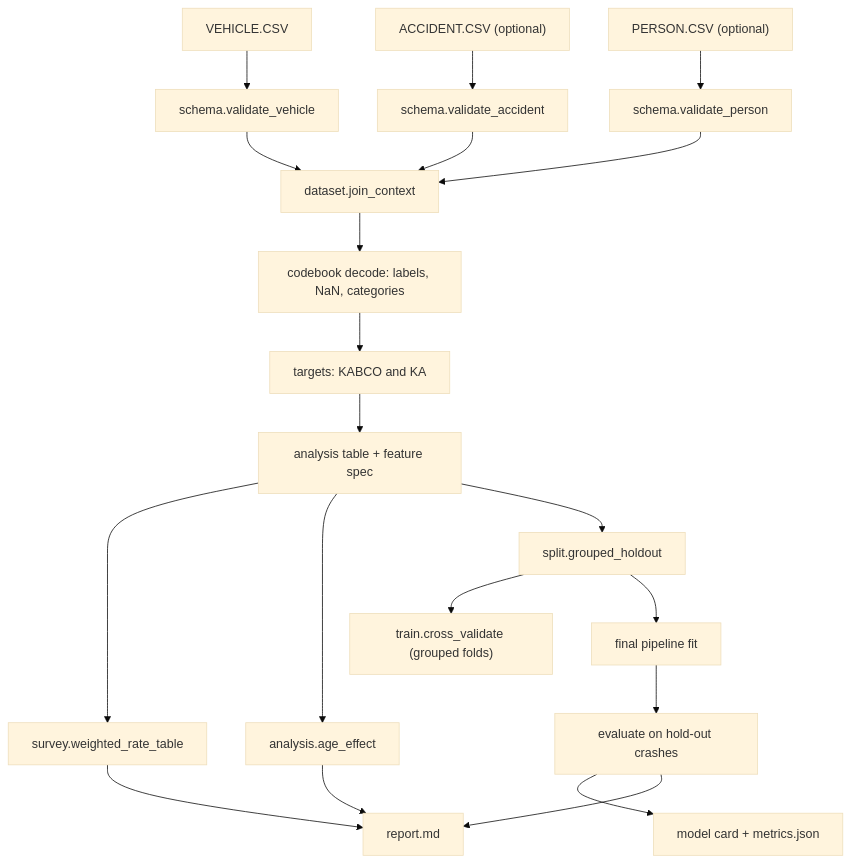
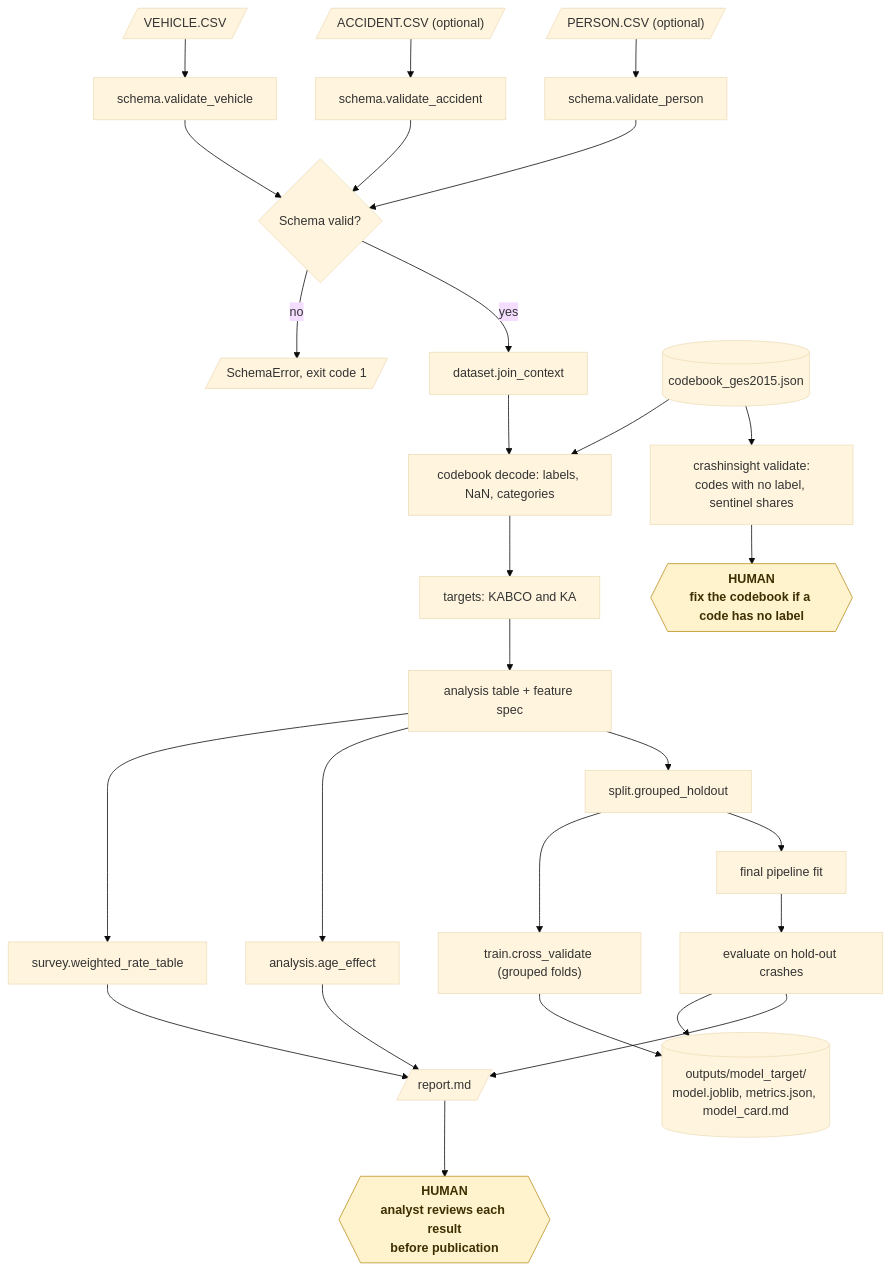
Before and after one commit to KrishnaAnnavaram/crashinsight: the fifth of 16 diagrams in README.md, drawn with Mermaid (base theme). The commit also changed other lines of this file, not shown here.

Commit message:
Add the workflow diagrams to the README

````diff
--- a/README.md
+++ b/README.md
@@ -235,18 +296,32 @@
 ```mermaid
-flowchart TB
-    V["VEHICLE.CSV"] --> S["schema.validate_vehicle"]
-    A["ACCIDENT.CSV (optional)"] --> SA["schema.validate_accident"]
-    P["PERSON.CSV (optional)"] --> SP["schema.validate_person"]
-    S & SA & SP --> J["dataset.join_context"]
+flowchart TD
+    V[/"VEHICLE.CSV"/] --> S["schema.validate_vehicle"]
+    A[/"ACCIDENT.CSV (optional)"/] --> SA["schema.validate_accident"]
+    P[/"PERSON.CSV (optional)"/] --> SP["schema.validate_person"]
+    S --> OK{"Schema valid?"}
+    SA --> OK
+    SP --> OK
+    OK -- "no" --> ERR[/"SchemaError, exit code 1"/]
+    OK -- "yes" --> J["dataset.join_context"]
+    CB[("codebook_ges2015.json")] --> DEC
+    CB --> VAL["crashinsight validate:<br/>codes with no label, sentinel shares"]
+    VAL --> HV{{"HUMAN<br/>fix the codebook if a code has no label"}}
     J --> DEC["codebook decode: labels, NaN, categories"]
     DEC --> T["targets: KABCO and KA"]
     T --> TAB["analysis table + feature spec"]
     TAB --> W["survey.weighted_rate_table"]
     TAB --> AGE["analysis.age_effect"]
     TAB --> H["split.grouped_holdout"]
     H --> CV["train.cross_validate (grouped folds)"]
     H --> FIT["final pipeline fit"]
     FIT --> EV["evaluate on hold-out crashes"]
-    EV --> MC["model card + metrics.json"]
-    W & AGE & EV --> R["report.md"]
+    CV --> MC
+    EV --> MC[("outputs/model_target/<br/>model.joblib, metrics.json, model_card.md")]
+    W --> R
+    AGE --> R
+    EV --> R[/"report.md"/]
+    R --> HR{{"HUMAN<br/>analyst reviews each result<br/>before publication"}}
+
+    classDef human fill:#fff3cd,stroke:#b8901f,color:#3d2f00,font-weight:bold
+    class HV,HR human
 ```
````
